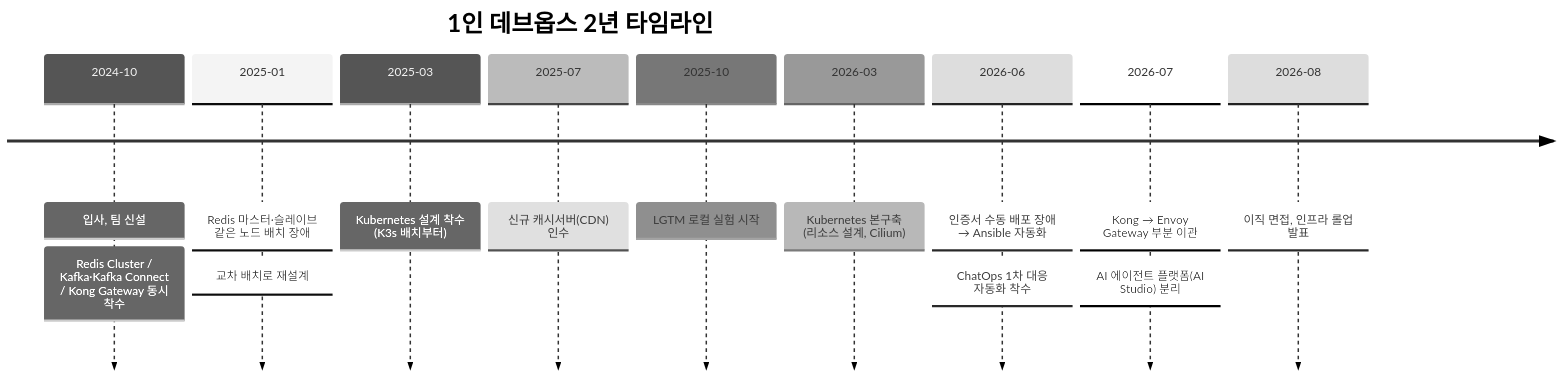
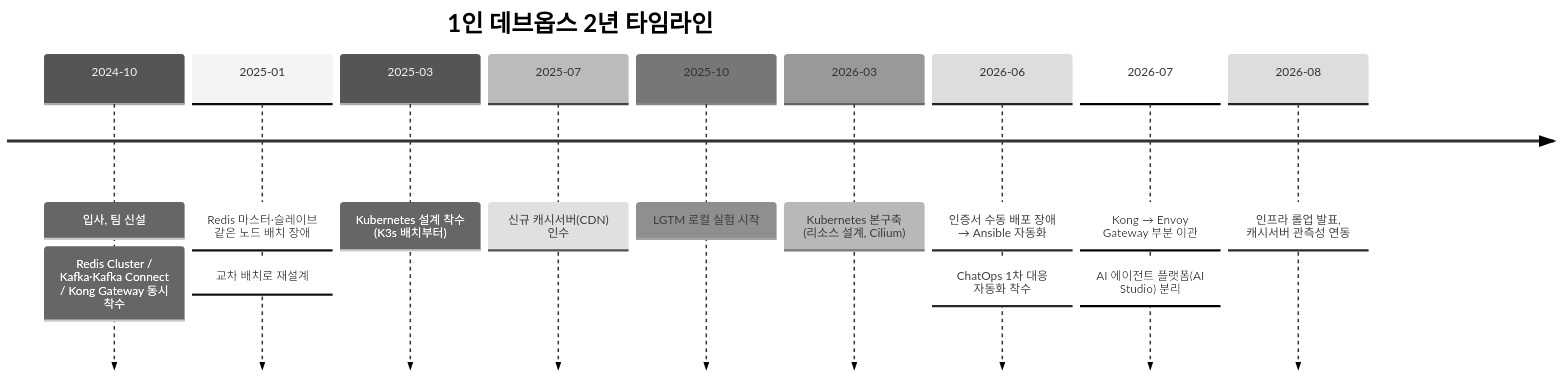
One commit to K-Diger/k-diger.github.io changed the diagram in _posts/2026-08-29-two-years-as-one-person-devops.md. Above: the diagram before and after it, drawn with Mermaid (neutral theme). The commit also changed other lines of this file and 2 other files, not shown here.

````diff
--- a/_posts/2026-08-29-two-years-as-one-person-devops.md
+++ b/_posts/2026-08-29-two-years-as-one-person-devops.md
@@ -31,17 +31,17 @@
 ```mermaid
 timeline
     title 1인 데브옵스 2년 타임라인
     2024-10 : 입사, 팀 신설
              : Redis Cluster / Kafka·Kafka Connect / Kong Gateway 동시 착수
     2025-01 : Redis 마스터·슬레이브 같은 노드 배치 장애
              : 교차 배치로 재설계
     2025-03 : Kubernetes 설계 착수 (K3s 배치부터)
     2025-07 : 신규 캐시서버(CDN) 인수
     2025-10 : LGTM 로컬 실험 시작
     2026-03 : Kubernetes 본구축 (리소스 설계, Cilium)
     2026-06 : 인증서 수동 배포 장애 → Ansible 자동화
              : ChatOps 1차 대응 자동화 착수
     2026-07 : Kong → Envoy Gateway 부분 이관
              : AI 에이전트 플랫폼(AI Studio) 분리
-    2026-08 : 이직 면접, 인프라 롤업 발표
+    2026-08 : 인프라 롤업 발표, 캐시서버 관측성 연동
 ```
````
